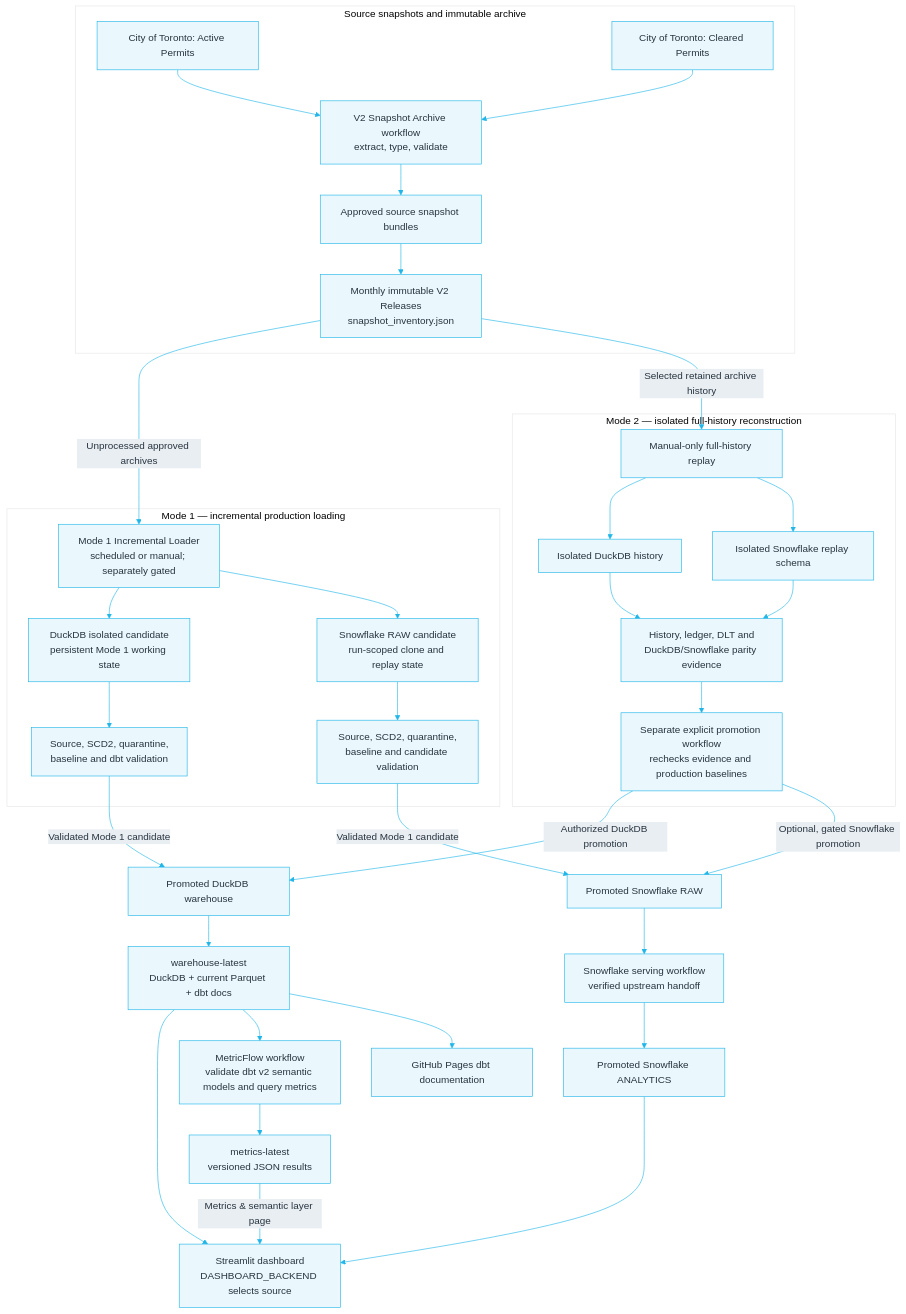
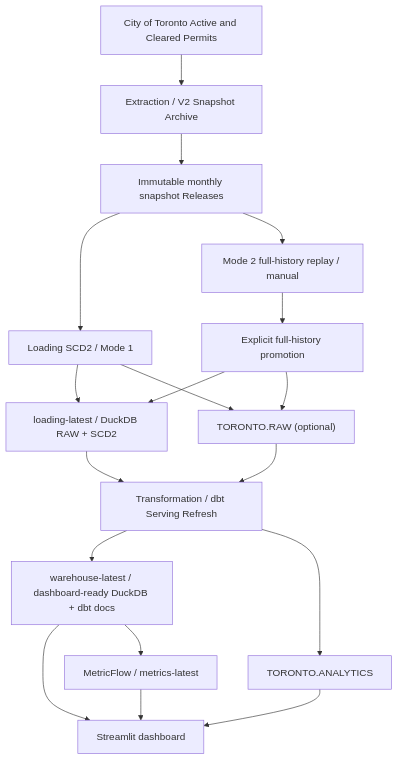
One commit to gagadanalyst/toronto-housing-bottleneck-analytics changed the first of 2 diagrams in README.md. Above: the diagram before and after it, drawn with Mermaid. The commit also changed other lines of this file and 26 other files, not shown here.

Commit message:
refactor: separate extraction, loading, and transformation pipelines

````diff
--- a/README.md
+++ b/README.md
@@ -44,57 +45,23 @@
 ```mermaid
-%%{init: {"theme":"base","themeVariables":{"primaryColor":"#EAF8FD","primaryTextColor":"#28343E","primaryBorderColor":"#21B6E8","lineColor":"#21B6E8","secondaryColor":"#E9EEF3","tertiaryColor":"#FFFFFF","fontFamily":"Arial, sans-serif"}}}%%
 flowchart TB
-    subgraph INPUTS["Source snapshots and immutable archive"]
-        A["City of Toronto: Active Permits"]
-        C["City of Toronto: Cleared Permits"]
-        E["V2 Snapshot Archive workflow<br/>extract, type, validate"]
-        B["Approved source snapshot bundles"]
-        R["Monthly immutable V2 Releases<br/>snapshot_inventory.json"]
-        A --> E
-        C --> E
-        E --> B --> R
-    end
+    SRC["City of Toronto Active and Cleared Permits"]
+    EXT["Extraction / V2 Snapshot Archive"]
+    ARCH["Immutable monthly snapshot Releases"]
+    LOAD["Loading SCD2 / Mode 1"]
+    LBASE["loading-latest / DuckDB RAW + SCD2"]
+    TRANS["Transformation / dbt Serving Refresh"]
+    WH["warehouse-latest / dashboard-ready DuckDB + dbt docs"]
+    SFRAW["TORONTO.RAW (optional)"]
+    SFAN["TORONTO.ANALYTICS"]
+    MF["MetricFlow / metrics-latest"]
+    APP["Streamlit dashboard"]
+    M2["Mode 2 full-history replay / manual"]
+    PROM["Explicit full-history promotion"]
 
-    subgraph MODE1["Mode 1 — incremental production loading"]
-        M1["Mode 1 Incremental Loader<br/>scheduled or manual; separately gated"]
-        M1D["DuckDB isolated candidate<br/>persistent Mode 1 working state"]
-        M1S["Snowflake RAW candidate<br/>run-scoped clone and replay state"]
-        VD["Source, SCD2, quarantine,<br/>baseline and dbt validation"]
-        VS["Source, SCD2, quarantine,<br/>baseline and candidate validation"]
-        M1 --> M1D --> VD
-        M1 --> M1S --> VS
-    end
-
-    subgraph MODE2["Mode 2 — isolated full-history reconstruction"]
-        M2["Manual-only full-history replay"]
-        M2D["Isolated DuckDB history"]
-        M2S["Isolated Snowflake replay schema"]
-        PAR["History, ledger, DLT and<br/>DuckDB/Snowflake parity evidence"]
-        AUTH["Separate explicit promotion workflow<br/>rechecks evidence and production baselines"]
-        M2 --> M2D --> PAR
-        M2 --> M2S --> PAR
-        PAR --> AUTH
-    end
-
-    R -->|"Unprocessed approved archives"| M1
-    R -->|"Selected retained archive history"| M2
-
-    DPROD["Promoted DuckDB warehouse"]
-    RAW["Promoted Snowflake RAW"]
-    VD -->|"Validated Mode 1 candidate"| DPROD
-    VS -->|"Validated Mode 1 candidate"| RAW
-    AUTH -->|"Authorized DuckDB promotion"| DPROD
-    AUTH -->|"Optional, gated Snowflake promotion"| RAW
-
-    PUB["warehouse-latest<br/>DuckDB + current Parquet + dbt docs"]
-    RAW --> SERVE["Snowflake serving workflow<br/>verified upstream handoff"]
-    SERVE --> ANALYTICS["Promoted Snowflake ANALYTICS"]
-    DPROD --> PUB
-    PUB --> APP["Streamlit dashboard<br/>DASHBOARD_BACKEND selects source"]
-    ANALYTICS --> APP
-    MF["MetricFlow workflow<br/>validate dbt v2 semantic models and query metrics"]
-    MFR["metrics-latest<br/>versioned JSON results"]
-    PUB --> MF --> MFR
-    MFR -->|"Metrics & semantic layer page"| APP
-    PUB --> PAGES["GitHub Pages dbt documentation"]
+    SRC --> EXT --> ARCH --> LOAD
+    LOAD --> LBASE --> TRANS --> WH --> APP
+    LOAD --> SFRAW --> TRANS --> SFAN --> APP
+    WH --> MF --> APP
+    ARCH --> M2 --> PROM --> LBASE
+    PROM --> SFRAW
 ```
````
